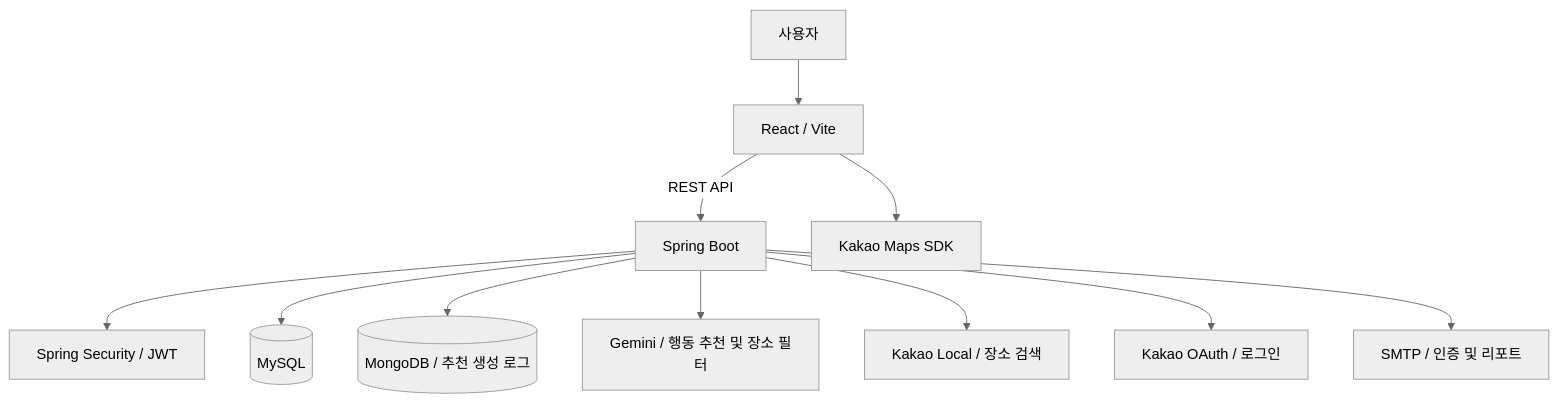
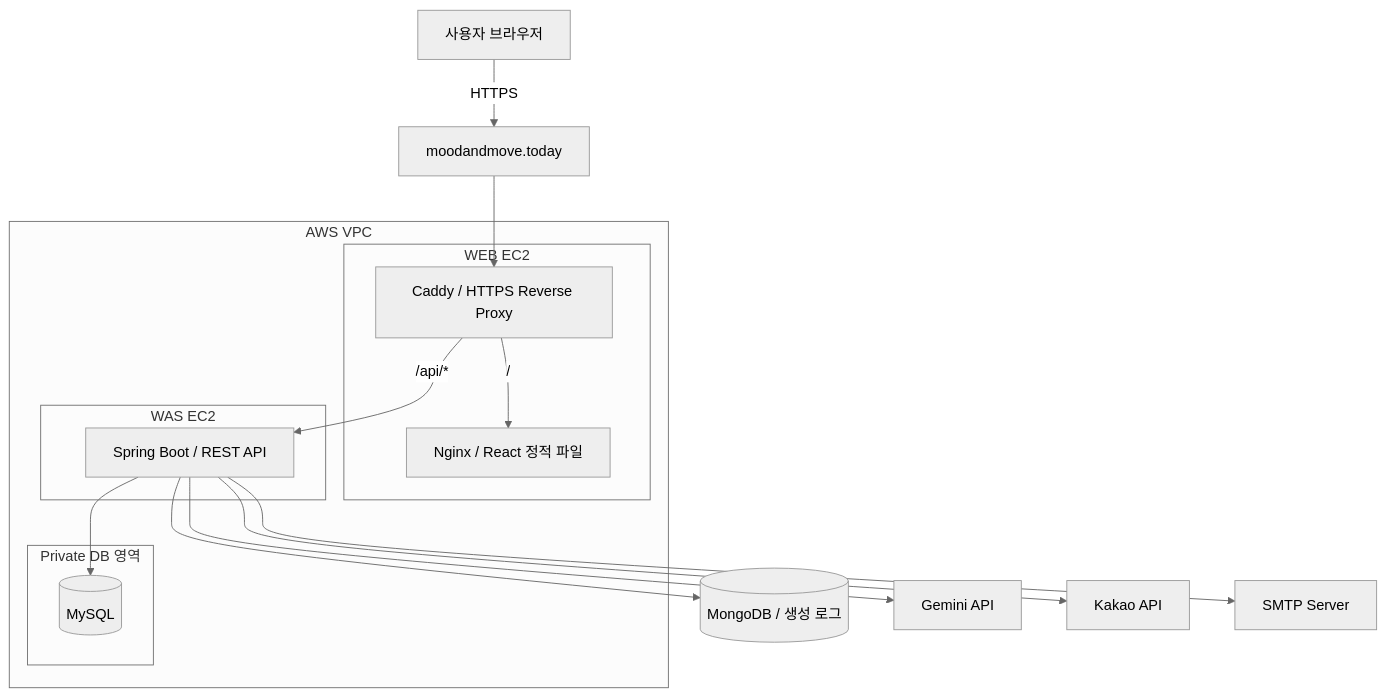
Before and after one commit to addicto1122-lab/mood-and-move: the fifth of 6 diagrams in README.md, drawn with Mermaid (neutral theme). The commit also changed other lines of this file, not shown here.

````diff
--- a/README.md
+++ b/README.md
@@ -152,13 +378,37 @@
 ```mermaid
 flowchart TB
-    U[사용자] --> FE[React / Vite]
-    FE -->|REST API| BE[Spring Boot]
-    FE --> MAP[Kakao Maps SDK]
-    BE --> AUTH[Spring Security / JWT]
-    BE --> MYSQL[(MySQL)]
-    BE --> MONGO[(MongoDB / 추천 생성 로그)]
-    BE --> AI[Gemini / 행동 추천 및 장소 필터]
-    BE --> LOCAL[Kakao Local / 장소 검색]
-    BE --> OAUTH[Kakao OAuth / 로그인]
-    BE --> MAIL[SMTP / 인증 및 리포트]
+    USER[사용자 브라우저]
+    DOMAIN[moodandmove.today]
+
+    subgraph AWS["AWS VPC"]
+        subgraph WEB["WEB EC2"]
+            CADDY[Caddy / HTTPS Reverse Proxy]
+            NGINX[Nginx / React 정적 파일]
+        end
+
+        subgraph WAS["WAS EC2"]
+            BOOT[Spring Boot / REST API]
+        end
+
+        subgraph DB["Private DB 영역"]
+            MYSQL[(MySQL)]
+        end
+    end
+
+    MONGO[(MongoDB / 생성 로그)]
+    GEMINI[Gemini API]
+    KAKAO[Kakao API]
+    SMTP[SMTP Server]
+
+    USER -->|HTTPS| DOMAIN
+    DOMAIN --> CADDY
+
+    CADDY -->|"/"| NGINX
+    CADDY -->|"/api/*"| BOOT
+
+    BOOT --> MYSQL
+    BOOT --> MONGO
+    BOOT --> GEMINI
+    BOOT --> KAKAO
+    BOOT --> SMTP
 ```
````
